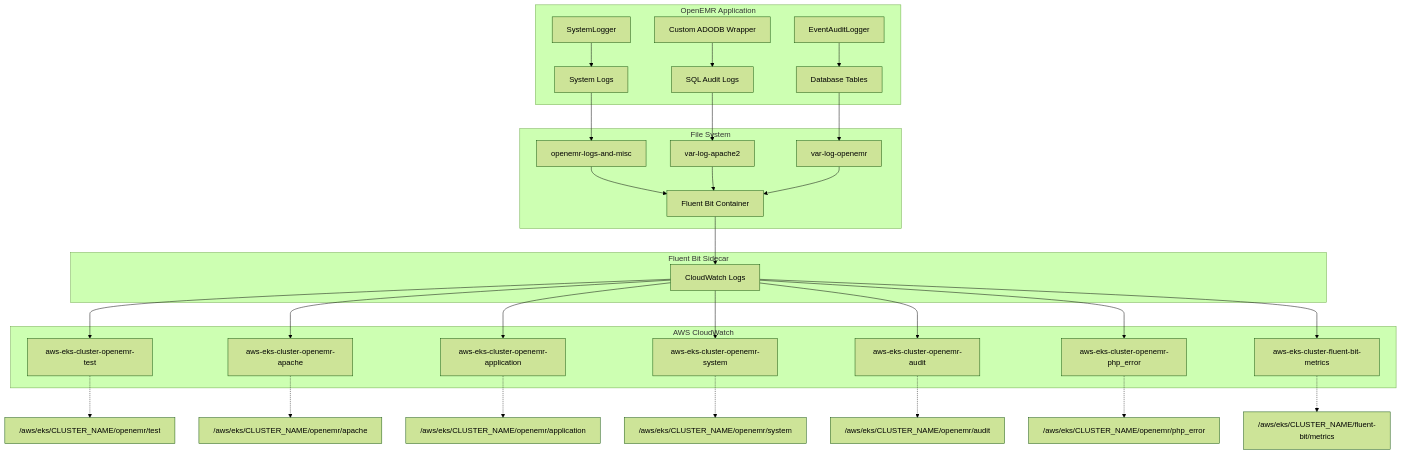
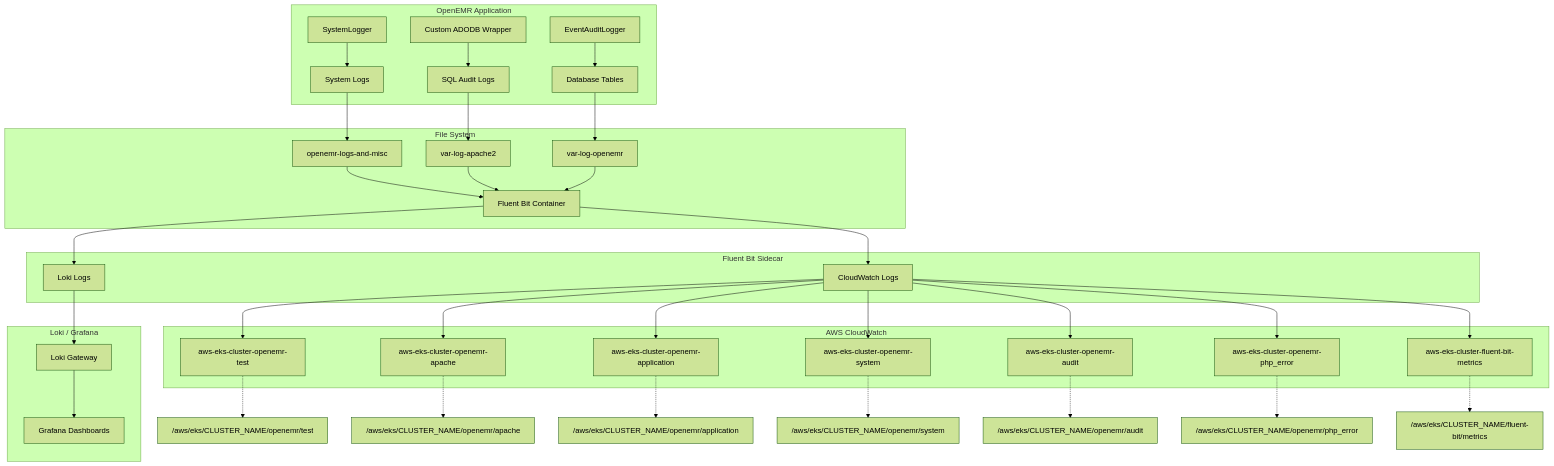
One commit to Jmevorach/openemr-on-eks changed the diagram in docs/LOGGING_GUIDE.md. Above: the diagram before and after it, drawn with Mermaid (forest theme). The commit also changed other lines of this file and 53 other files, not shown here.

````diff
--- a/docs/LOGGING_GUIDE.md
+++ b/docs/LOGGING_GUIDE.md
@@ -32,40 +36,46 @@
 ```mermaid
 graph TB
     subgraph "OpenEMR Application"
         A[EventAuditLogger] --> D[Database Tables]
         B[SystemLogger] --> E[System Logs]
         C[Custom ADODB Wrapper] --> F[SQL Audit Logs]
     end
 
     subgraph "File System"
         D --> G[var-log-openemr]
         E --> H[openemr-logs-and-misc]
         F --> I[var-log-apache2]
         H --> J
         I --> J
     end
 
     subgraph "Fluent Bit Sidecar"
         G --> J[Fluent Bit Container]
         J --> K[CloudWatch Logs]
+        J --> K2[Loki Logs]
     end
 
     subgraph "AWS CloudWatch"
         K --> L[aws-eks-cluster-openemr-test]
         K --> M[aws-eks-cluster-openemr-apache]
         K --> N[aws-eks-cluster-openemr-application]
         K --> O[aws-eks-cluster-openemr-system]
         K --> P[aws-eks-cluster-openemr-audit]
         K --> Q[aws-eks-cluster-openemr-php_error]
         K --> R[aws-eks-cluster-fluent-bit-metrics]
     end
 
+    subgraph "Loki / Grafana"
+        K2 --> S[Loki Gateway]
+        S --> T[Grafana Dashboards]
+    end
+
     %% Add descriptive labels
     L -.-> L1["/aws/eks/CLUSTER_NAME/openemr/test"]
     M -.-> M1["/aws/eks/CLUSTER_NAME/openemr/apache"]
     N -.-> N1["/aws/eks/CLUSTER_NAME/openemr/application"]
     O -.-> O1["/aws/eks/CLUSTER_NAME/openemr/system"]
     P -.-> P1["/aws/eks/CLUSTER_NAME/openemr/audit"]
     Q -.-> Q1["/aws/eks/CLUSTER_NAME/openemr/php_error"]
     R -.-> R1["/aws/eks/CLUSTER_NAME/fluent-bit/metrics"]
 ```
````
